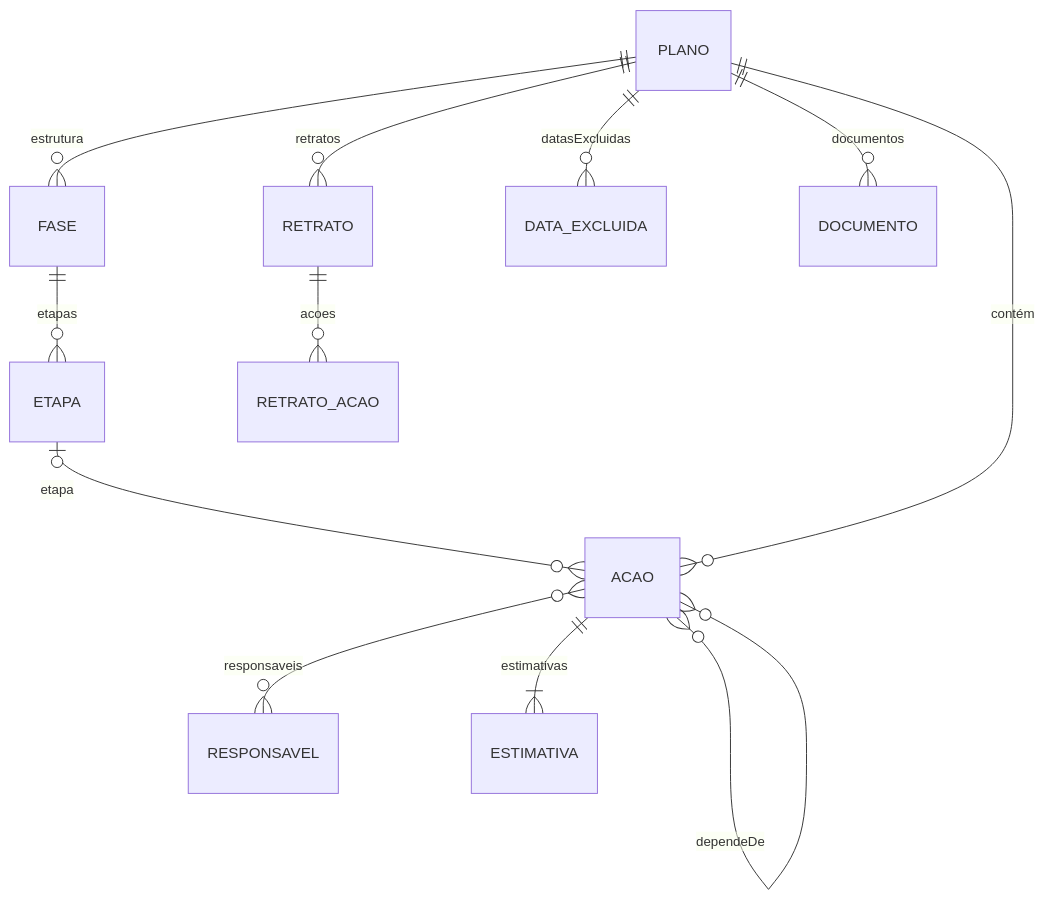
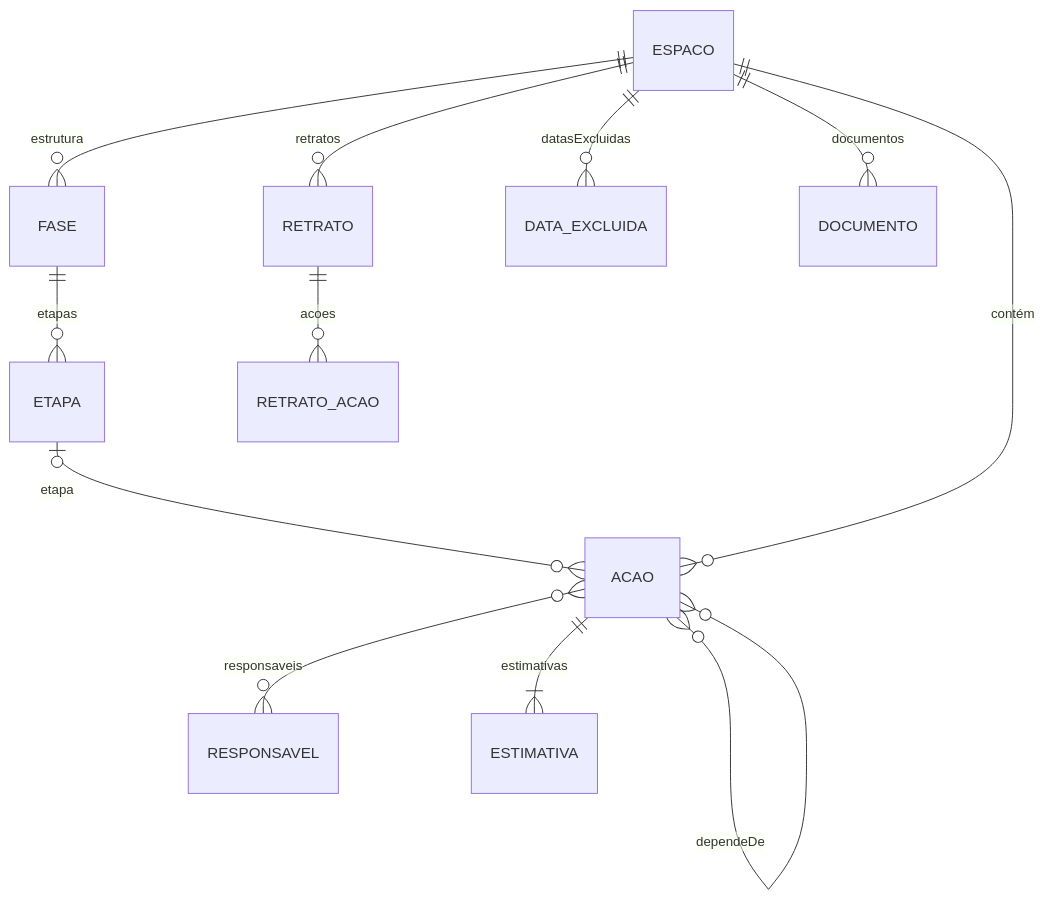
Before and after one commit to dgdi-ufci-mg/sistema-planos-de-acao: the diagram in docs/especificacao-reescrita.md, drawn with Mermaid. The commit also changed other lines of this file and 6 other files, not shown here.

````diff
--- a/docs/especificacao-reescrita.md
+++ b/docs/especificacao-reescrita.md
@@ -114,14 +114,14 @@
 ```mermaid
 erDiagram
-  PLANO ||--o{ FASE : "estrutura"
+  ESPACO ||--o{ FASE : "estrutura"
   FASE ||--o{ ETAPA : "etapas"
   ETAPA |o--o{ ACAO : "etapa"
-  PLANO ||--o{ ACAO : "contém"
+  ESPACO ||--o{ ACAO : "contém"
   ACAO }o--o{ ACAO : "dependeDe"
   ACAO }o--o{ RESPONSAVEL : "responsaveis"
   ACAO ||--|{ ESTIMATIVA : "estimativas"
-  PLANO ||--o{ RETRATO : "retratos"
+  ESPACO ||--o{ RETRATO : "retratos"
   RETRATO ||--o{ RETRATO_ACAO : "acoes"
-  PLANO ||--o{ DATA_EXCLUIDA : "datasExcluidas"
-  PLANO ||--o{ DOCUMENTO : "documentos"
+  ESPACO ||--o{ DATA_EXCLUIDA : "datasExcluidas"
+  ESPACO ||--o{ DOCUMENTO : "documentos"
 ```
````
